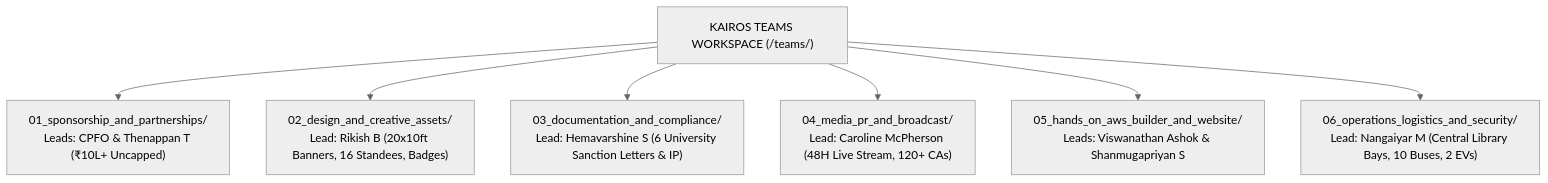
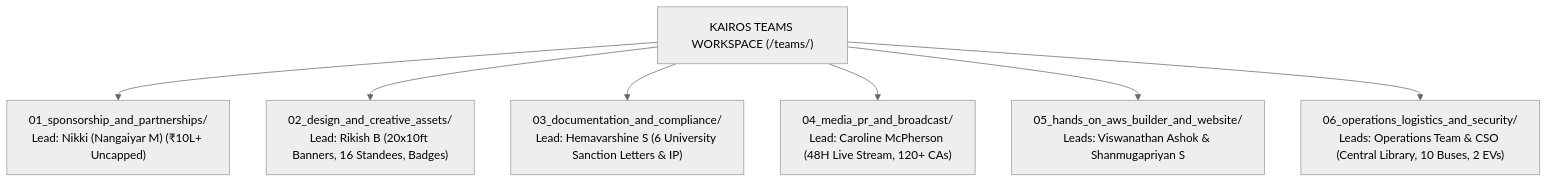
The first of 3 diagrams in README.md (MasterZ1311/Kairos), drawn with Mermaid (neutral theme) before and after one commit. The commit also changed other lines of this file and 13 other files, not shown here.

Commit message:
feat(ops): add operations & micro-logistics CRUD specifications and update documentation

````diff
--- a/README.md
+++ b/README.md
@@ -34,11 +34,11 @@
 ```mermaid
 graph TD
     TEAMS["KAIROS TEAMS WORKSPACE (/teams/)"]
     
-    TEAMS --> T1["01_sponsorship_and_partnerships/<br/>Leads: CPFO & Thenappan T (₹10L+ Uncapped)"]
+    TEAMS --> T1["01_sponsorship_and_partnerships/<br/>Lead: Nikki (Nangaiyar M) (₹10L+ Uncapped)"]
     TEAMS --> T2["02_design_and_creative_assets/<br/>Lead: Rikish B (20x10ft Banners, 16 Standees, Badges)"]
     TEAMS --> T3["03_documentation_and_compliance/<br/>Lead: Hemavarshine S (6 University Sanction Letters & IP)"]
     TEAMS --> T4["04_media_pr_and_broadcast/<br/>Lead: Caroline McPherson (48H Live Stream, 120+ CAs)"]
     TEAMS --> T5["05_hands_on_aws_builder_and_website/<br/>Leads: Viswanathan Ashok & Shanmugapriyan S"]
-    TEAMS --> T6["06_operations_logistics_and_security/<br/>Lead: Nangaiyar M (Central Library Bays, 10 Buses, 2 EVs)"]
+    TEAMS --> T6["06_operations_logistics_and_security/<br/>Leads: Operations Team & CSO (Central Library, 10 Buses, 2 EVs)"]
 ```
````
